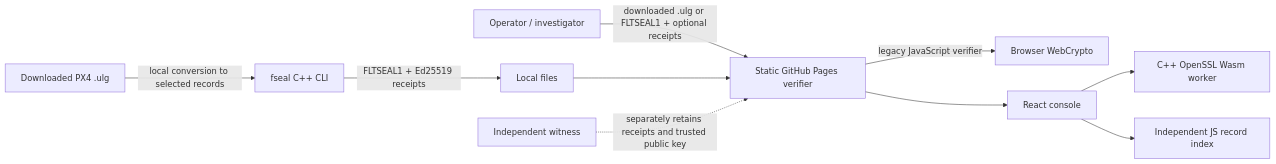
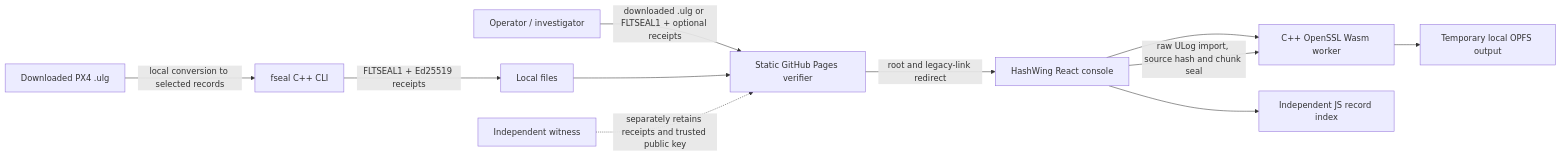
The first of 2 diagrams in ARCHITECTURE.md (anirudh763/flightseal), drawn with Mermaid before and after one commit. The commit also changed other lines of this file and 83 other files, not shown here.

Commit message:
Build HashWing workbench with native raw ULog import and local audit reports

````diff
--- a/ARCHITECTURE.md
+++ b/ARCHITECTURE.md
@@ -9,12 +9,13 @@
 ```mermaid
 flowchart LR
   U[Operator / investigator] -->|downloaded .ulg or FLTSEAL1 + optional receipts| B[Static GitHub Pages verifier]
-  B -->|legacy JavaScript verifier| L[Browser WebCrypto]
-  B --> C[React console]
+  B -->|root and legacy-link redirect| C[HashWing React console]
   C --> N[C++ OpenSSL Wasm worker]
   C --> I[Independent JS record index]
+  C -->|raw ULog import, source hash and chunk seal| N
+  N --> O[Temporary local OPFS output]
   PX4[Downloaded PX4 .ulg] -->|local conversion to selected records| CLI[fseal C++ CLI]
   CLI -->|FLTSEAL1 + Ed25519 receipts| F[Local files]
   F --> B
   W[Independent witness] -. separately retains receipts and trusted public key .-> B
 ```
````
